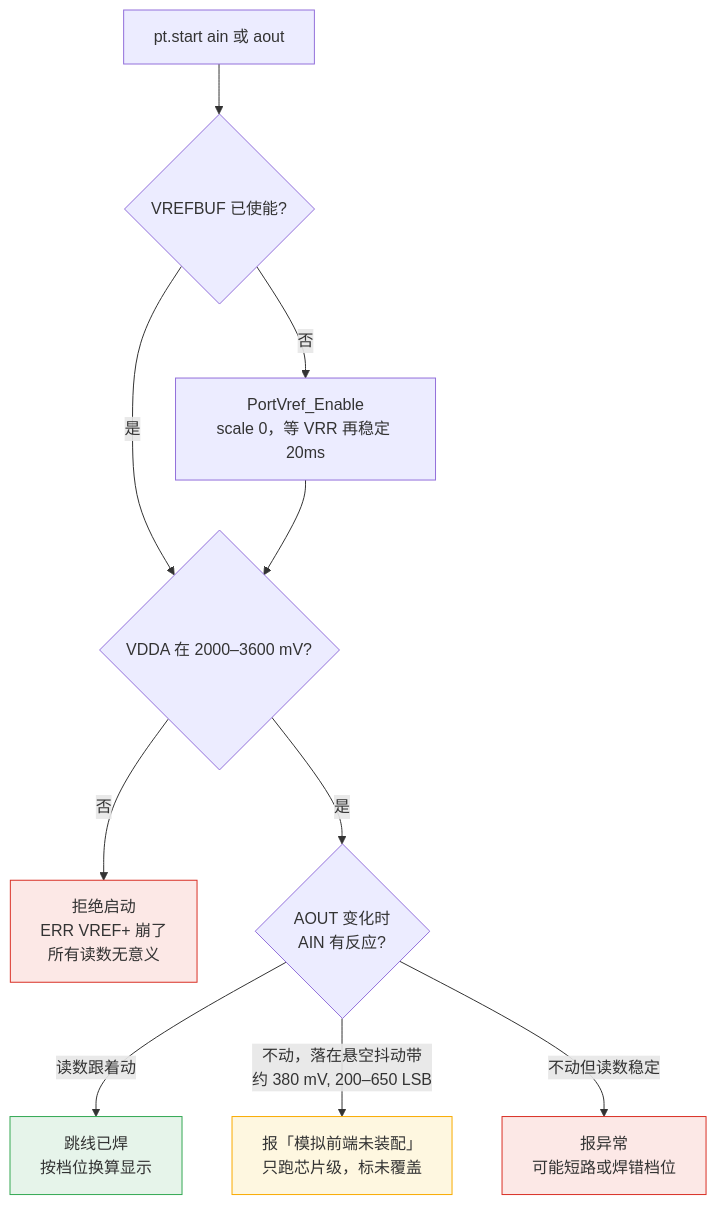
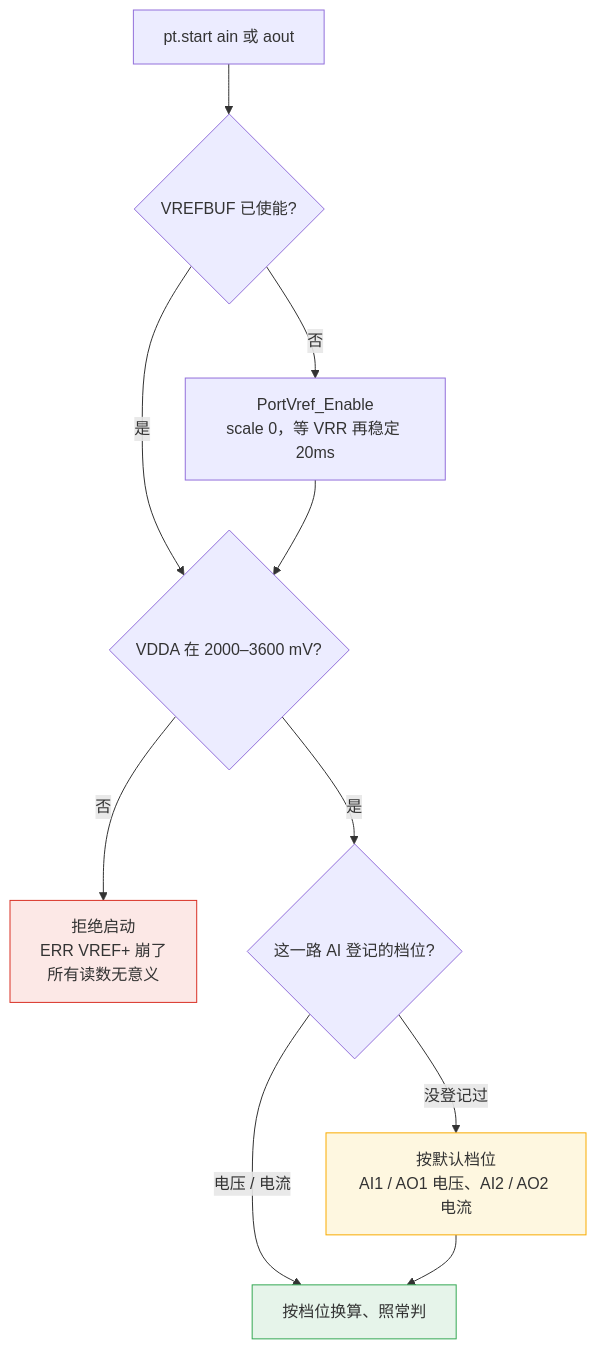
One commit to haliboteda/OpenPLC_Docs changed the fourth of 8 diagrams in docs/modules/M4/PORTTOOL-FLOW.md. Above: the diagram before and after it, drawn with Mermaid. The commit also changed other lines of this file and 82 other files, not shown here.

````diff
--- a/docs/modules/M4/PORTTOOL-FLOW.md
+++ b/docs/modules/M4/PORTTOOL-FLOW.md
@@ -498,17 +594,16 @@
 ```mermaid
 flowchart TD
     A[pt.start ain 或 aout] --> V{VREFBUF 已使能?}
     V -->|否| VE["PortVref_Enable<br/>scale 0，等 VRR 再稳定 20ms"]
     V -->|是| D
     VE --> D{"VDDA 在 2000–3600 mV?"}
     D -->|否| REF["拒绝启动<br/>ERR VREF+ 崩了<br/>所有读数无意义"]
-    D -->|是| J{"AOUT 变化时<br/>AIN 有反应?"}
-    J -->|"读数跟着动"| OK["跳线已焊<br/>按档位换算显示"]
-    J -->|"不动，落在悬空抖动带<br/>约 380 mV, 200–650 LSB"| NA["报「模拟前端未装配」<br/>只跑芯片级，标未覆盖"]
-    J -->|"不动但读数稳定"| BAD["报异常<br/>可能短路或焊错档位"]
+    D -->|是| J{"这一路 AI 登记的档位?"}
+    J -->|"电压 / 电流"| OK["按档位换算、照常判"]
+    J -->|"没登记过"| DEF["按默认档位<br/>AI1 / AO1 电压、AI2 / AO2 电流"]
+    DEF --> OK
 
     style REF fill:#fce8e6,stroke:#d93025
-    style BAD fill:#fce8e6,stroke:#d93025
-    style NA fill:#fef7e0,stroke:#f9ab00
+    style DEF fill:#fef7e0,stroke:#f9ab00
     style OK fill:#e6f4ea,stroke:#34a853
 ```
````
